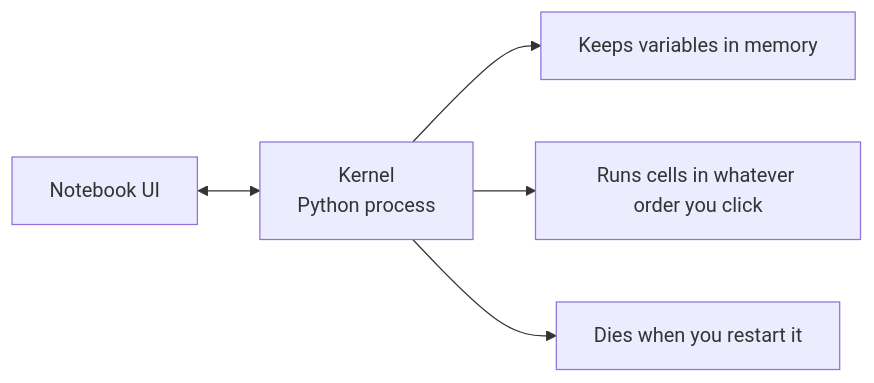
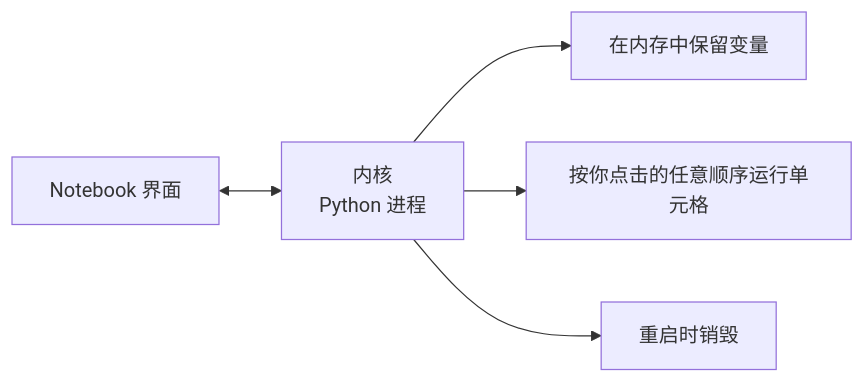
Before and after one commit to huangyue12120/Learning-Atlas: the second of 2 diagrams in content/translations/practice/00-setup-and-tooling/05-jupyter-notebooks/zh.md, drawn with Mermaid. The commit also changed other lines of this file and 718 other files, not shown here.

````diff
--- a/content/translations/practice/00-setup-and-tooling/05-jupyter-notebooks/zh.md
+++ b/content/translations/practice/00-setup-and-tooling/05-jupyter-notebooks/zh.md
@@ -46,7 +46,7 @@
 ```mermaid
 graph LR
-    A[Notebook UI] <--> B[Kernel\nPython process]
-    B --> C[Keeps variables in memory]
-    B --> D[Runs cells in whatever order you click]
-    B --> E[Dies when you restart it]
+    A[Notebook 界面] <--> B[内核\nPython 进程]
+    B --> C[在内存中保留变量]
+    B --> D[按你点击的任意顺序运行单元格]
+    B --> E[重启时销毁]
 ```
````
